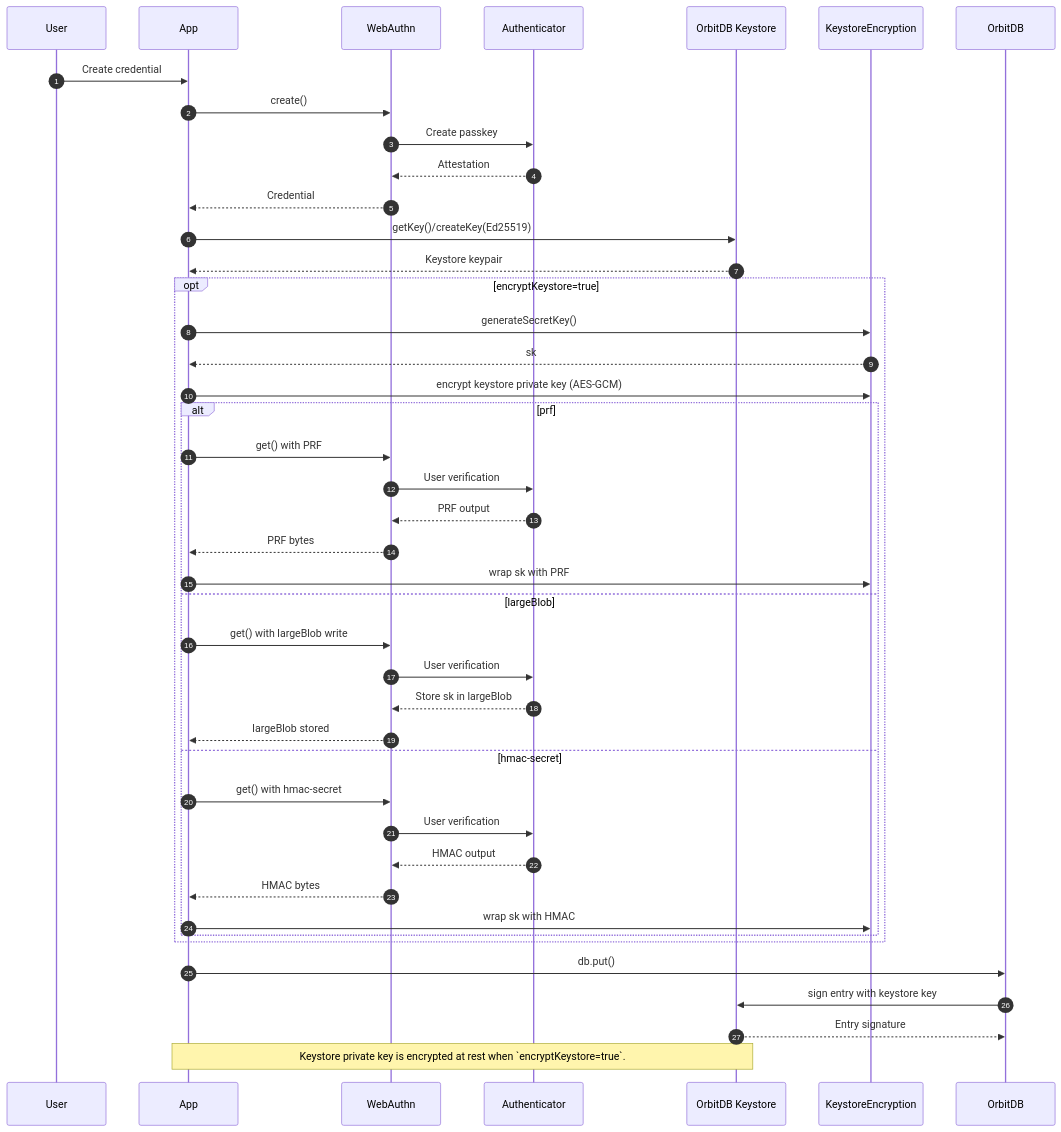
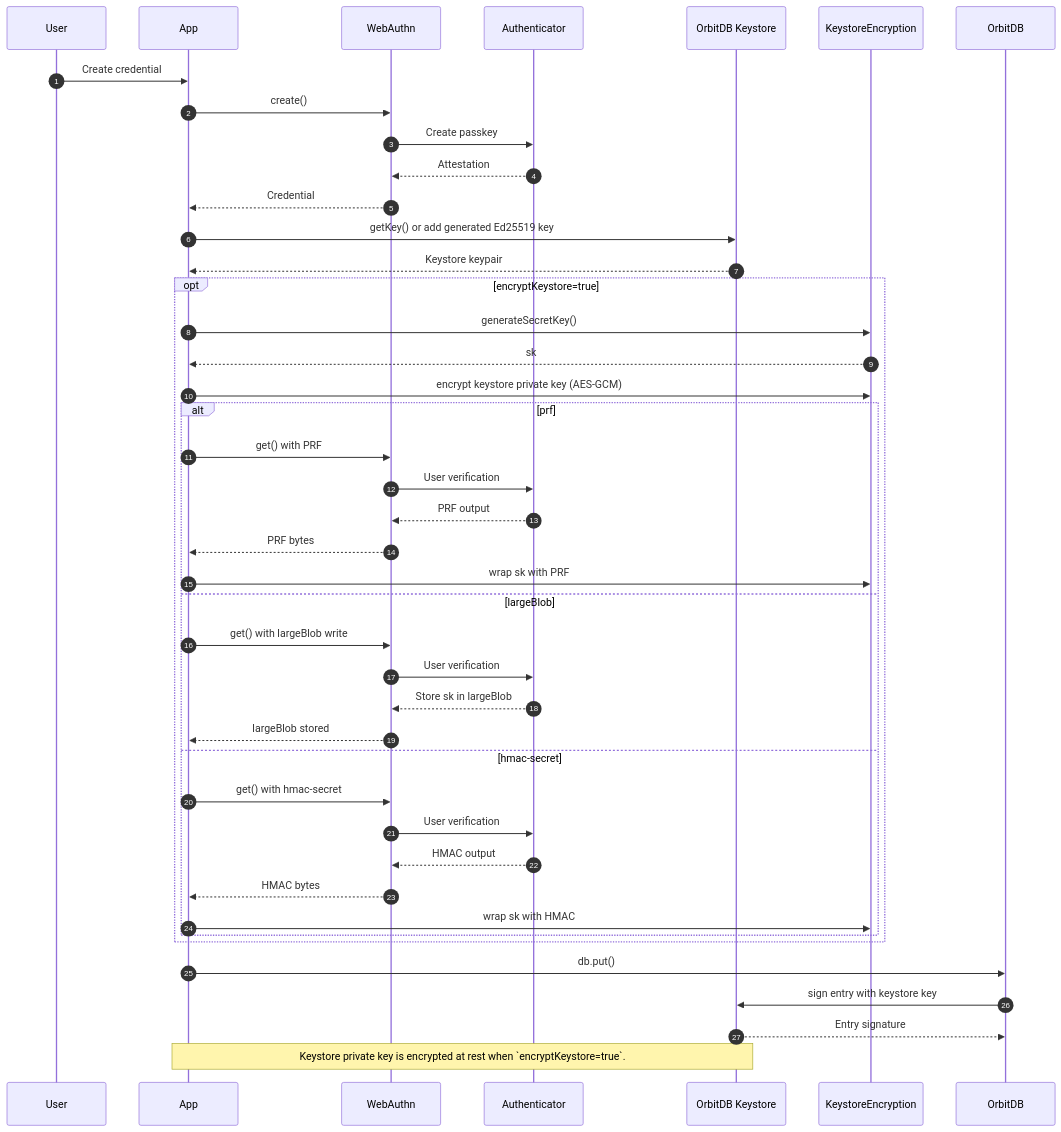
The first of 2 diagrams in README.md (Le-Space/orbitdb-identity-provider-webauthn-did), drawn with Mermaid before and after one commit. The commit also changed other lines of this file and 34 other files, not shown here.

````diff
--- a/README.md
+++ b/README.md
@@ -172,50 +172,50 @@
 ```mermaid
 sequenceDiagram
   autonumber
   participant User
   participant App
   participant WebAuthn
   participant Auth as Authenticator
   participant KS as OrbitDB Keystore
   participant Enc as KeystoreEncryption
   participant DB as OrbitDB
 
   User->>App: Create credential
   App->>WebAuthn: create()
   WebAuthn->>Auth: Create passkey
   Auth-->>WebAuthn: Attestation
   WebAuthn-->>App: Credential
 
-  App->>KS: getKey()/createKey(Ed25519)
+  App->>KS: getKey() or add generated Ed25519 key
   KS-->>App: Keystore keypair
 
   opt encryptKeystore=true
     App->>Enc: generateSecretKey()
     Enc-->>App: sk
     App->>Enc: encrypt keystore private key (AES-GCM)
     alt prf
       App->>WebAuthn: get() with PRF
       WebAuthn->>Auth: User verification
       Auth-->>WebAuthn: PRF output
       WebAuthn-->>App: PRF bytes
       App->>Enc: wrap sk with PRF
     else largeBlob
       App->>WebAuthn: get() with largeBlob write
       WebAuthn->>Auth: User verification
       Auth-->>WebAuthn: Store sk in largeBlob
       WebAuthn-->>App: largeBlob stored
     else hmac-secret
       App->>WebAuthn: get() with hmac-secret
       WebAuthn->>Auth: User verification
       Auth-->>WebAuthn: HMAC output
       WebAuthn-->>App: HMAC bytes
       App->>Enc: wrap sk with HMAC
     end
   end
 
   App->>DB: db.put()
   DB->>KS: sign entry with keystore key
   KS-->>DB: Entry signature
 
   Note over App,KS: Keystore private key is encrypted at rest when `encryptKeystore=true`.
 ```
````
